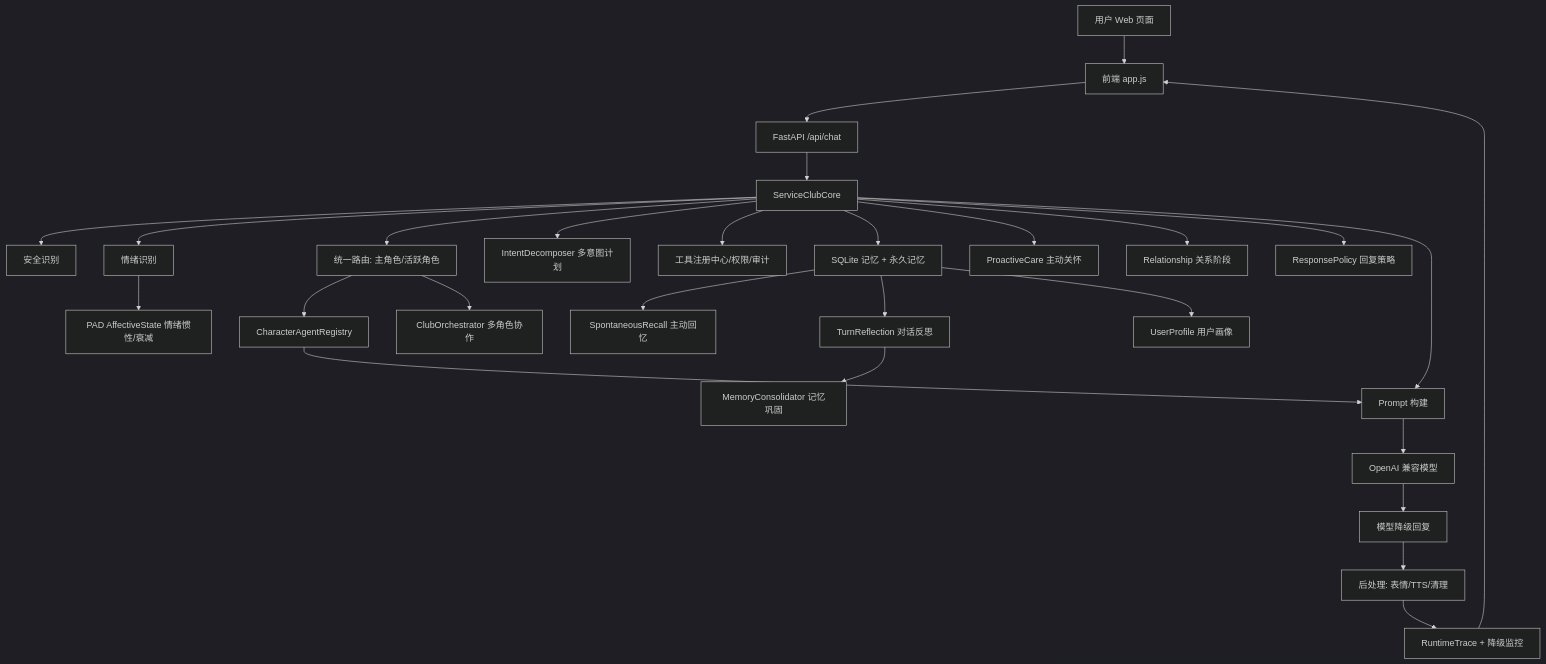
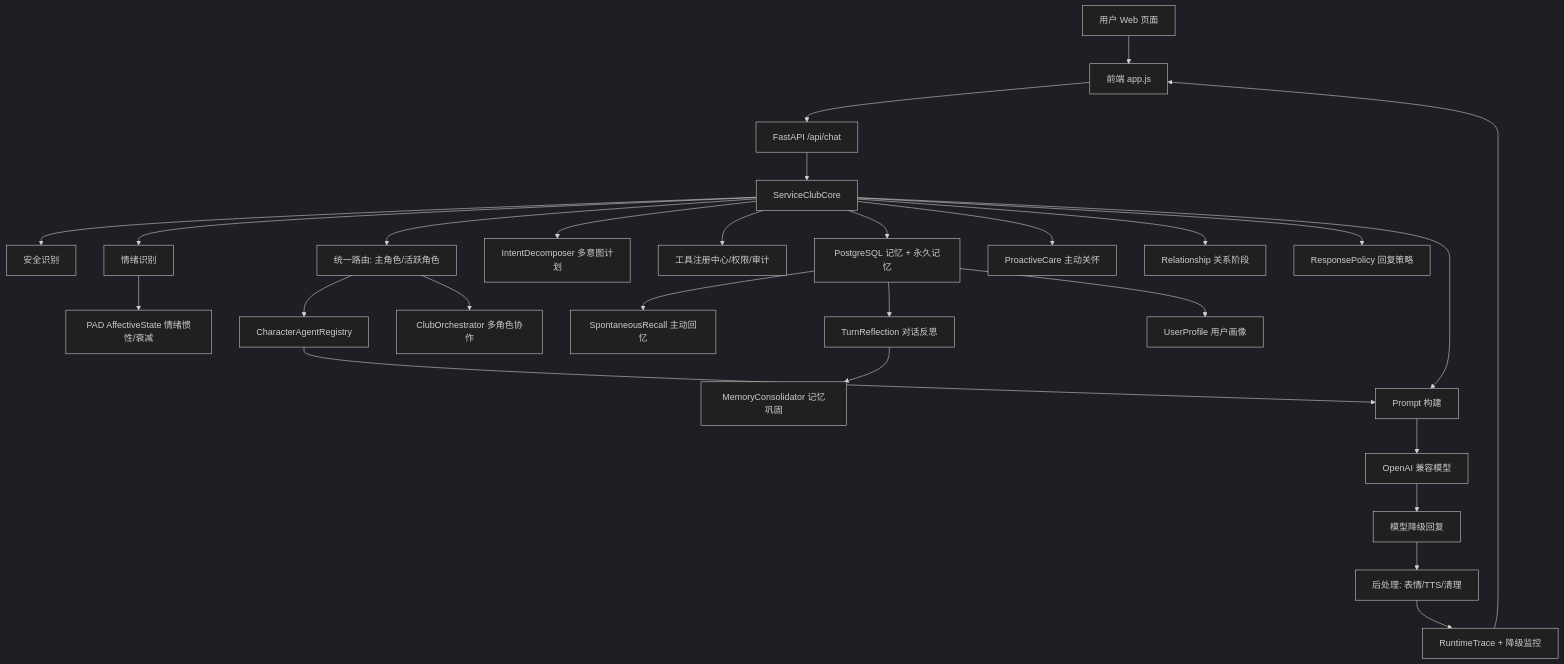
One commit to yukino-520/yukino-agent changed the diagram in docs/开发说明.md. Above: the diagram before and after it, drawn with Mermaid (dark theme). The commit also changed other lines of this file and 37 other files, not shown here.

````diff
--- a/docs/开发说明.md
+++ b/docs/开发说明.md
@@ -99,29 +99,29 @@
 ```mermaid
 flowchart TD
     U["用户 Web 页面"] --> F["前端 app.js"]
     F --> A["FastAPI /api/chat"]
     A --> C["ServiceClubCore"]
     C --> S["安全识别"]
     C --> E["情绪识别"]
     E --> AS["PAD AffectiveState 情绪惯性/衰减"]
     C --> R["统一路由: 主角色/活跃角色"]
     R --> CA["CharacterAgentRegistry"]
     R --> CO["ClubOrchestrator 多角色协作"]
     C --> I["IntentDecomposer 多意图计划"]
     C --> T["工具注册中心/权限/审计"]
-    C --> M["SQLite 记忆 + 永久记忆"]
+    C --> M["PostgreSQL 记忆 + 永久记忆"]
     M --> SR["SpontaneousRecall 主动回忆"]
     M --> RF["TurnReflection 对话反思"]
     RF --> MC["MemoryConsolidator 记忆巩固"]
     M --> UP["UserProfile 用户画像"]
     C --> PC["ProactiveCare 主动关怀"]
     C --> RS["Relationship 关系阶段"]
     C --> RP["ResponsePolicy 回复策略"]
     C --> P["Prompt 构建"]
     CA --> P["Prompt 构建"]
     P --> L["OpenAI 兼容模型"]
     L --> D["模型降级回复"]
     D --> PP["后处理: 表情/TTS/清理"]
     PP --> RT["RuntimeTrace + 降级监控"]
     RT --> F
 ```
````
